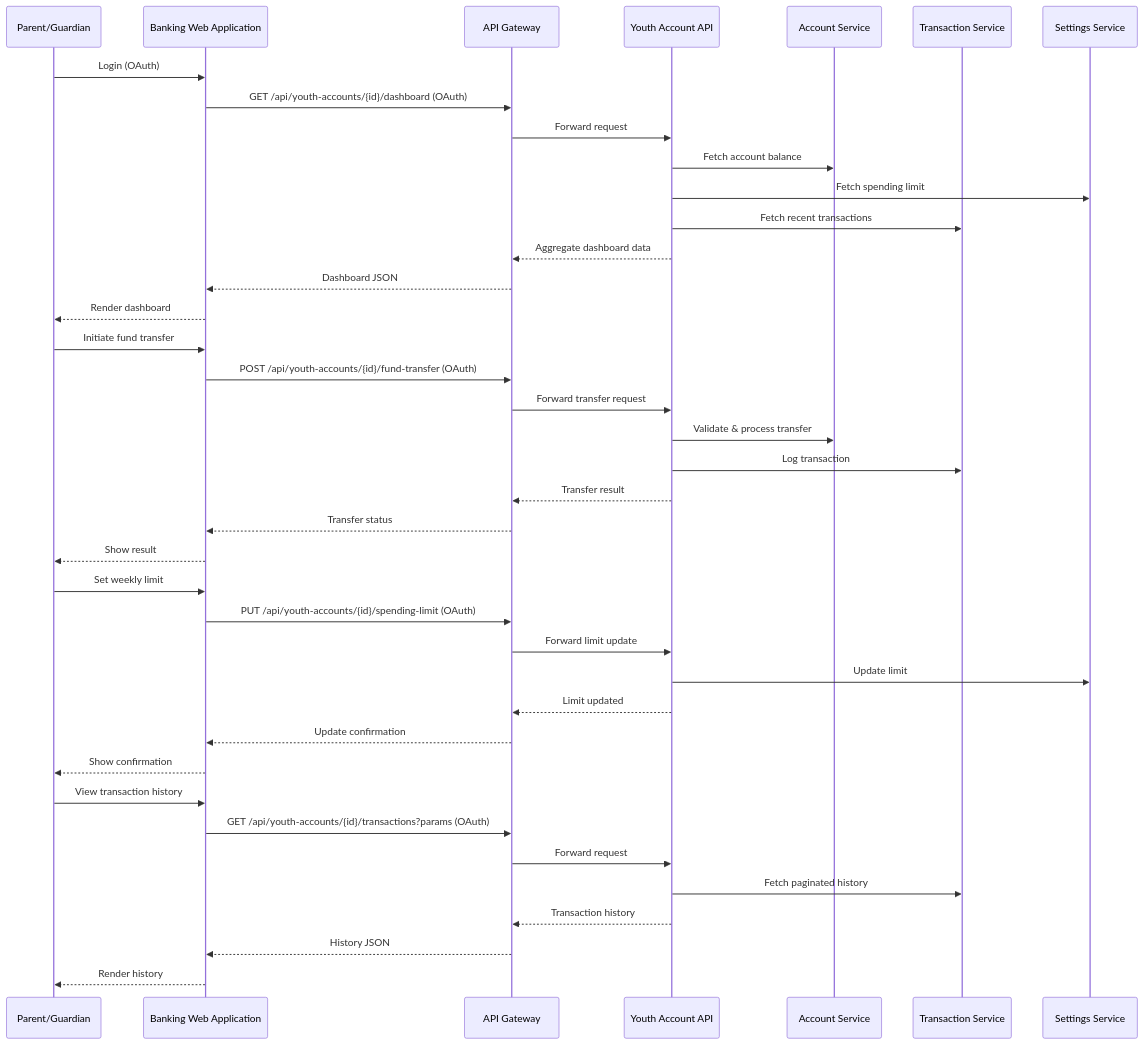
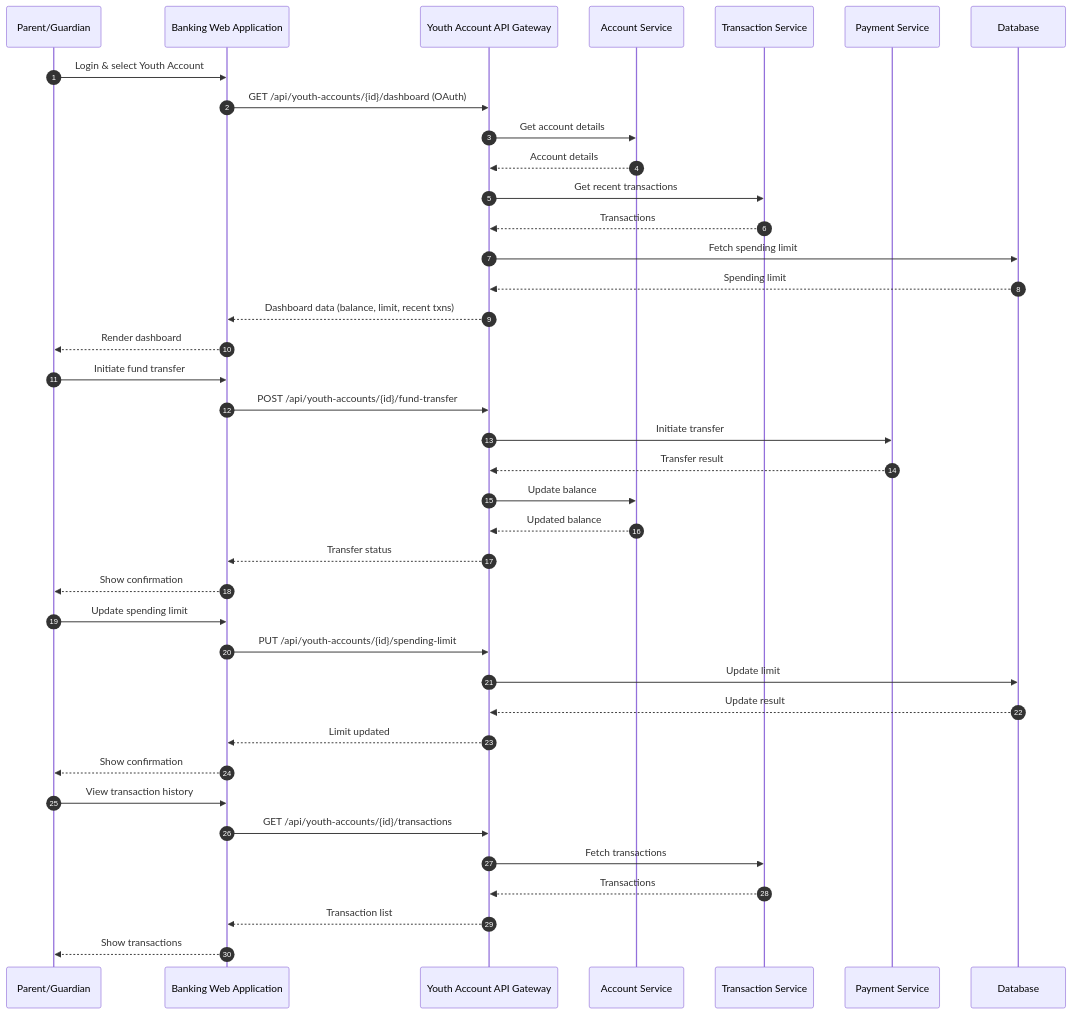
One commit to Ascend-Krithi/SCIB-Inception changed the diagram in Components and Sequence Diagrams/sequence_diagram.mmd. Above: the diagram before and after it, drawn with Mermaid. The commit also changed 1 other file, not shown here.

```diff
--- a/Components and Sequence Diagrams/sequence_diagram.mmd
+++ b/Components and Sequence Diagrams/sequence_diagram.mmd
@@ -1,48 +1,48 @@
-%% Sequence Diagram: Youth Account Management Feature
+%% Sequence Diagram for Youth Account Management APIs (Mermaid)
 sequenceDiagram
+    autonumber
     participant Parent as Parent/Guardian
     participant WebApp as Banking Web Application
-    participant APIGW as API Gateway
-    participant API as Youth Account API
-    participant Account as Account Service
-    participant Transaction as Transaction Service
-    participant Settings as Settings Service
+    participant APIGW as Youth Account API Gateway
+    participant AccountSvc as Account Service
+    participant TransSvc as Transaction Service
+    participant PaymentSvc as Payment Service
+    participant DB as Database
 
-    %% Dashboard View
-    Parent->>WebApp: Login (OAuth)
+    %% Dashboard API
+    Parent->>WebApp: Login & select Youth Account
     WebApp->>APIGW: GET /api/youth-accounts/{id}/dashboard (OAuth)
-    APIGW->>API: Forward request
-    API->>Account: Fetch account balance
-    API->>Settings: Fetch spending limit
-    API->>Transaction: Fetch recent transactions
-    API-->>APIGW: Aggregate dashboard data
-    APIGW-->>WebApp: Dashboard JSON
+    APIGW->>AccountSvc: Get account details
+    AccountSvc-->>APIGW: Account details
+    APIGW->>TransSvc: Get recent transactions
+    TransSvc-->>APIGW: Transactions
+    APIGW->>DB: Fetch spending limit
+    DB-->>APIGW: Spending limit
+    APIGW-->>WebApp: Dashboard data (balance, limit, recent txns)
     WebApp-->>Parent: Render dashboard
 
-    %% Fund Transfer
+    %% Fund Transfer API
     Parent->>WebApp: Initiate fund transfer
-    WebApp->>APIGW: POST /api/youth-accounts/{id}/fund-transfer (OAuth)
-    APIGW->>API: Forward transfer request
-    API->>Account: Validate & process transfer
-    API->>Transaction: Log transaction
-    API-->>APIGW: Transfer result
+    WebApp->>APIGW: POST /api/youth-accounts/{id}/fund-transfer
+    APIGW->>PaymentSvc: Initiate transfer
+    PaymentSvc-->>APIGW: Transfer result
+    APIGW->>AccountSvc: Update balance
+    AccountSvc-->>APIGW: Updated balance
     APIGW-->>WebApp: Transfer status
-    WebApp-->>Parent: Show result
-
-    %% Set Spending Limit
-    Parent->>WebApp: Set weekly limit
-    WebApp->>APIGW: PUT /api/youth-accounts/{id}/spending-limit (OAuth)
-    APIGW->>API: Forward limit update
-    API->>Settings: Update limit
-    API-->>APIGW: Limit updated
-    APIGW-->>WebApp: Update confirmation
     WebApp-->>Parent: Show confirmation
 
-    %% Transaction History
+    %% Spending Limit API
+    Parent->>WebApp: Update spending limit
+    WebApp->>APIGW: PUT /api/youth-accounts/{id}/spending-limit
+    APIGW->>DB: Update limit
+    DB-->>APIGW: Update result
+    APIGW-->>WebApp: Limit updated
+    WebApp-->>Parent: Show confirmation
+
+    %% Transaction History API
     Parent->>WebApp: View transaction history
-    WebApp->>APIGW: GET /api/youth-accounts/{id}/transactions?params (OAuth)
-    APIGW->>API: Forward request
-    API->>Transaction: Fetch paginated history
-    API-->>APIGW: Transaction history
-    APIGW-->>WebApp: History JSON
-    WebApp-->>Parent: Render history
+    WebApp->>APIGW: GET /api/youth-accounts/{id}/transactions
+    APIGW->>TransSvc: Fetch transactions
+    TransSvc-->>APIGW: Transactions
+    APIGW-->>WebApp: Transaction list
+    WebApp-->>Parent: Show transactions
```
